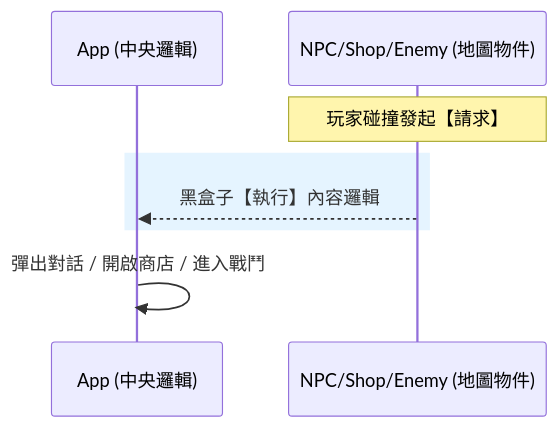
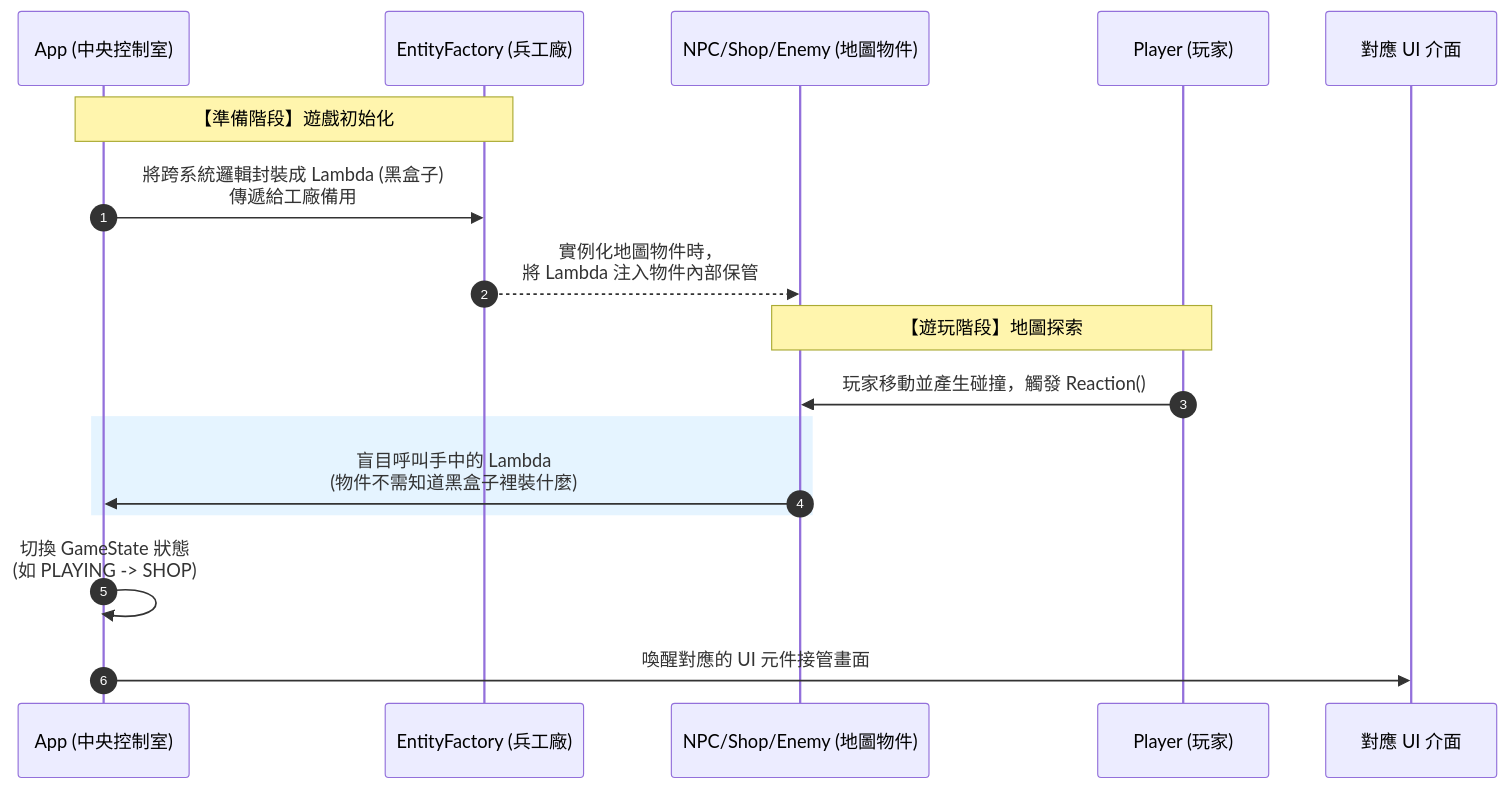
The fifth of 7 diagrams in 2026OOPL_Final.md (XWJWPIY/schoolwork_recreate_magic_tower), drawn with Mermaid before and after one commit. The commit also changed other lines of this file, not shown here.

Commit message:
Final Report(Part)

````diff
--- a/2026OOPL_Final.md
+++ b/2026OOPL_Final.md
@@ -316,10 +316,23 @@
 ```mermaid
 sequenceDiagram
-    participant A as App (中央邏輯)
-    participant N as NPC/Shop/Enemy (地圖物件)
-    Note over N: 玩家碰撞發起【請求】
+    autonumber
+    participant App as App (中央控制室)
+    participant Factory as EntityFactory (兵工廠)
+    participant Obj as NPC/Shop/Enemy (地圖物件)
+    participant Player as Player (玩家)
+    participant UI as 對應 UI 介面
+
+    Note over App, Factory: 【準備階段】遊戲初始化
+    App->>Factory: 將跨系統邏輯封裝成 Lambda (黑盒子)<br/>傳遞給工廠備用
+    Factory-->>Obj: 實例化地圖物件時，<br/>將 Lambda 注入物件內部保管
+
+    Note over Obj, Player: 【遊玩階段】地圖探索
+    Player->>Obj: 玩家移動並產生碰撞，觸發 Reaction()
+    
     rect rgb(0, 150, 255, 0.1)
-        N-->>A: 黑盒子【執行】內容邏輯
+        Obj->>App: 盲目呼叫手中的 Lambda<br/>(物件不需知道黑盒子裡裝什麼)
     end
-    A->>A: 彈出對話 / 開啟商店 / 進入戰鬥
+    
+    App->>App: 切換 GameState 狀態<br/>(如 PLAYING -> SHOP)
+    App->>UI: 喚醒對應的 UI 元件接管畫面
 ```
````
